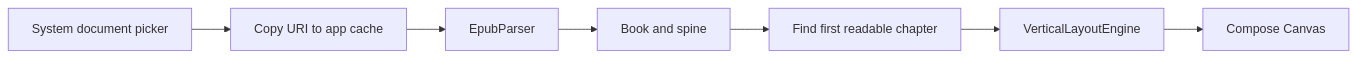
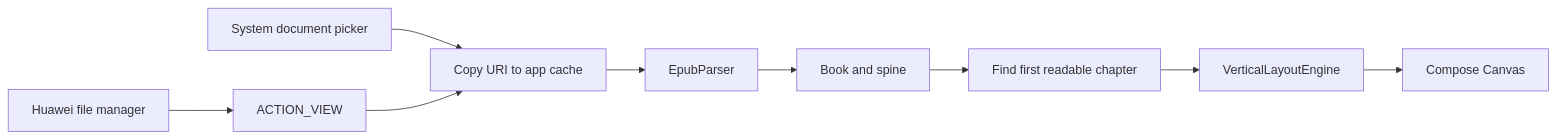
One commit to Philthink/philread changed the diagram in README.md. Above: the diagram before and after it, drawn with Mermaid. The commit also changed other lines of this file and 3 other files, not shown here.

Commit message:
Support opening EPUB from Huawei file manager

````diff
--- a/README.md
+++ b/README.md
@@ -20,9 +21,11 @@
 ```mermaid
 flowchart LR
     Picker[System document picker] --> Copy[Copy URI to app cache]
+    FileManager[Huawei file manager] --> ViewIntent[ACTION_VIEW]
+    ViewIntent --> Copy
     Copy --> Parser[EpubParser]
     Parser --> Book[Book and spine]
     Book --> Initial[Find first readable chapter]
     Initial --> Layout[VerticalLayoutEngine]
     Layout --> Canvas[Compose Canvas]
 ```
````
